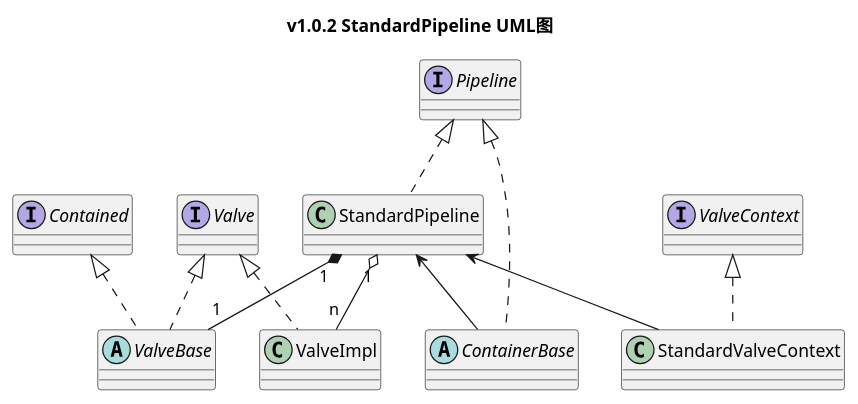
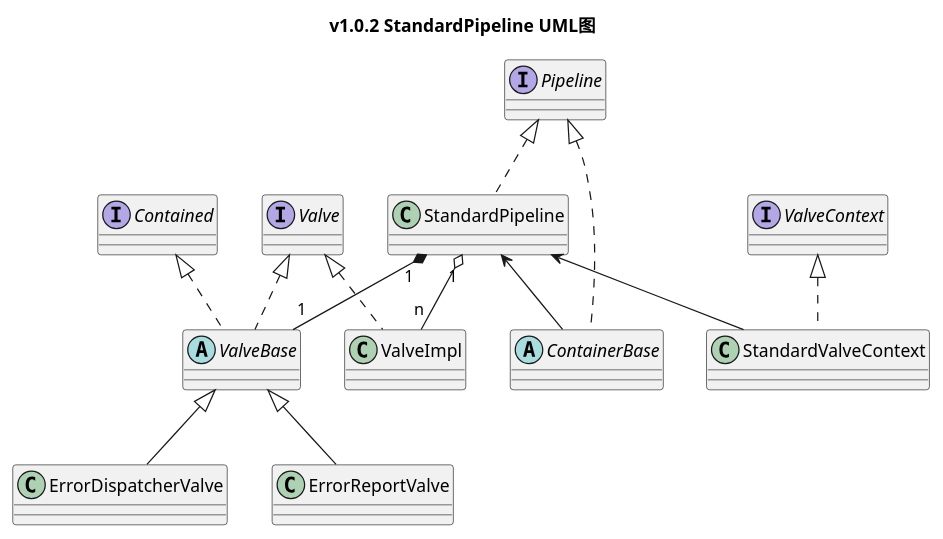
One commit to Executioner2/http-server changed the diagram in uml/v1.0.2/pip.puml. Above: the diagram before and after it, drawn with PlantUML. The commit also changed 14 other files, not shown here.

```diff
--- a/uml/v1.0.2/pip.puml
+++ b/uml/v1.0.2/pip.puml
@@ -1,25 +1,29 @@
 @startuml
 title v1.0.2 StandardPipeline UML图
 
 interface Contained
 interface Pipeline
 interface Valve
 interface ValveContext
 abstract class ValveBase
 abstract class ContainerBase
 class StandardPipeline
 class StandardValveContext
 class ValveImpl
+class ErrorDispatcherValve
+class ErrorReportValve
 
+ValveBase <|-- ErrorDispatcherValve
+ValveBase <|-- ErrorReportValve
 Contained <|.. ValveBase
 Valve <|.. ValveBase
 Valve <|.. ValveImpl
 ValveContext <|.. StandardValveContext
 Pipeline <|.. StandardPipeline
 Pipeline <|.. ContainerBase
 StandardPipeline <-- ContainerBase
 StandardPipeline <-- StandardValveContext
 StandardPipeline "1" *-- "1" ValveBase
 StandardPipeline "1" o-- "n" ValveImpl
 
 @enduml
```
